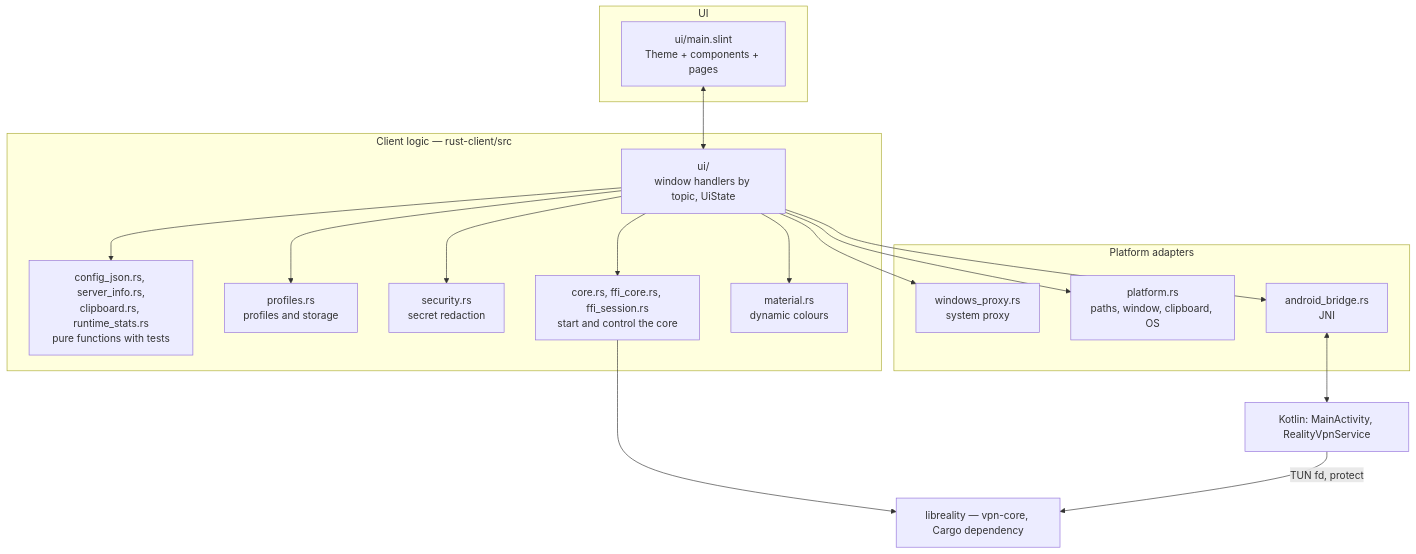
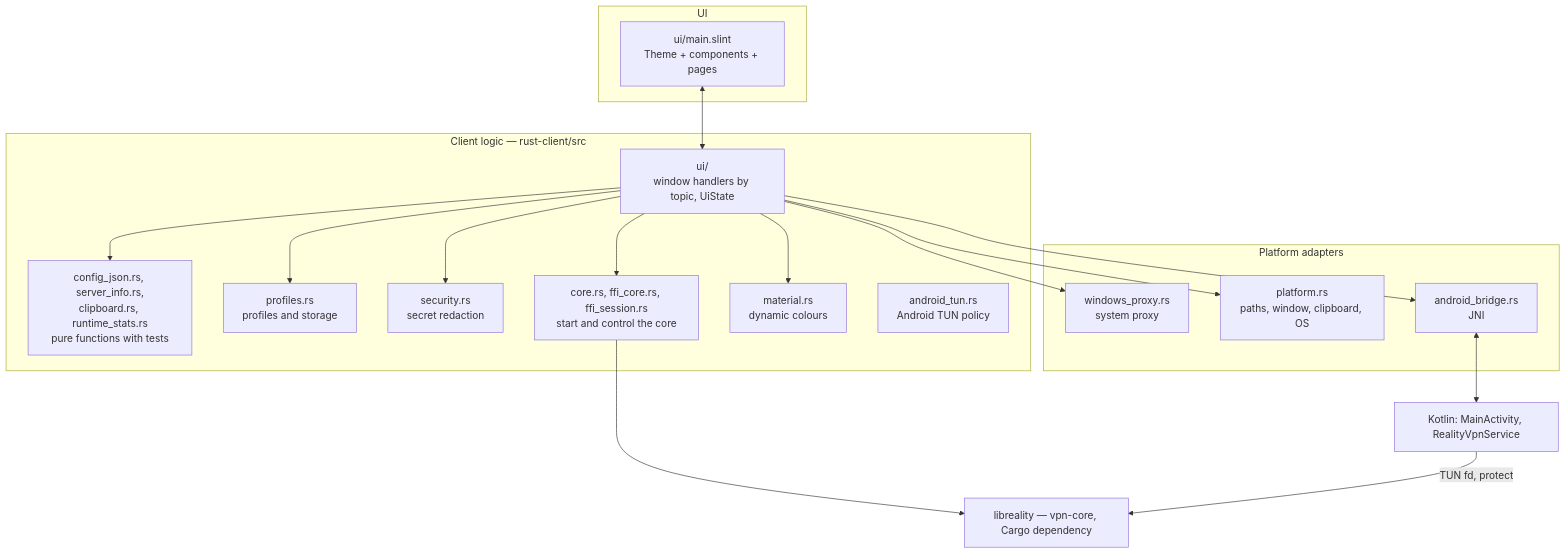
One commit to ERGFT/reality-client changed the first of 2 diagrams in docs/ARCHITECTURE.en.md. Above: the diagram before and after it, drawn with Mermaid. The commit also changed other lines of this file and 18 other files, not shown here.

First line of the commit message:
android: TUN policy moves from Kotlin to Rust (stage 7)

````diff
--- a/docs/ARCHITECTURE.en.md
+++ b/docs/ARCHITECTURE.en.md
@@ -22,28 +22,29 @@
 ```mermaid
 flowchart TB
   subgraph UI[UI]
     S[ui/main.slint<br/>Theme + components + pages]
   end
   subgraph APP[Client logic — rust-client/src]
     UIM[ui/<br/>window handlers by topic, UiState]
     PURE[config_json.rs, server_info.rs,<br/>clipboard.rs, runtime_stats.rs<br/>pure functions with tests]
     PR[profiles.rs<br/>profiles and storage]
     SEC[security.rs<br/>secret redaction]
     CORE[core.rs, ffi_core.rs, ffi_session.rs<br/>start and control the core]
     MAT[material.rs<br/>dynamic colours]
+    TUNP[android_tun.rs<br/>Android TUN policy]
   end
   subgraph PLAT[Platform adapters]
     WP[windows_proxy.rs<br/>system proxy]
     PF[platform.rs<br/>paths, window, clipboard, OS]
     AB[android_bridge.rs<br/>JNI]
   end
   K[Kotlin: MainActivity, RealityVpnService]
   LR[libreality — vpn-core, Cargo dependency]
 
   S <--> UIM
   UIM --> PURE & PR & SEC & CORE & MAT
   UIM --> WP & PF & AB
   CORE --> LR
   AB <--> K
   K -- TUN fd, protect --> LR
 ```
````
